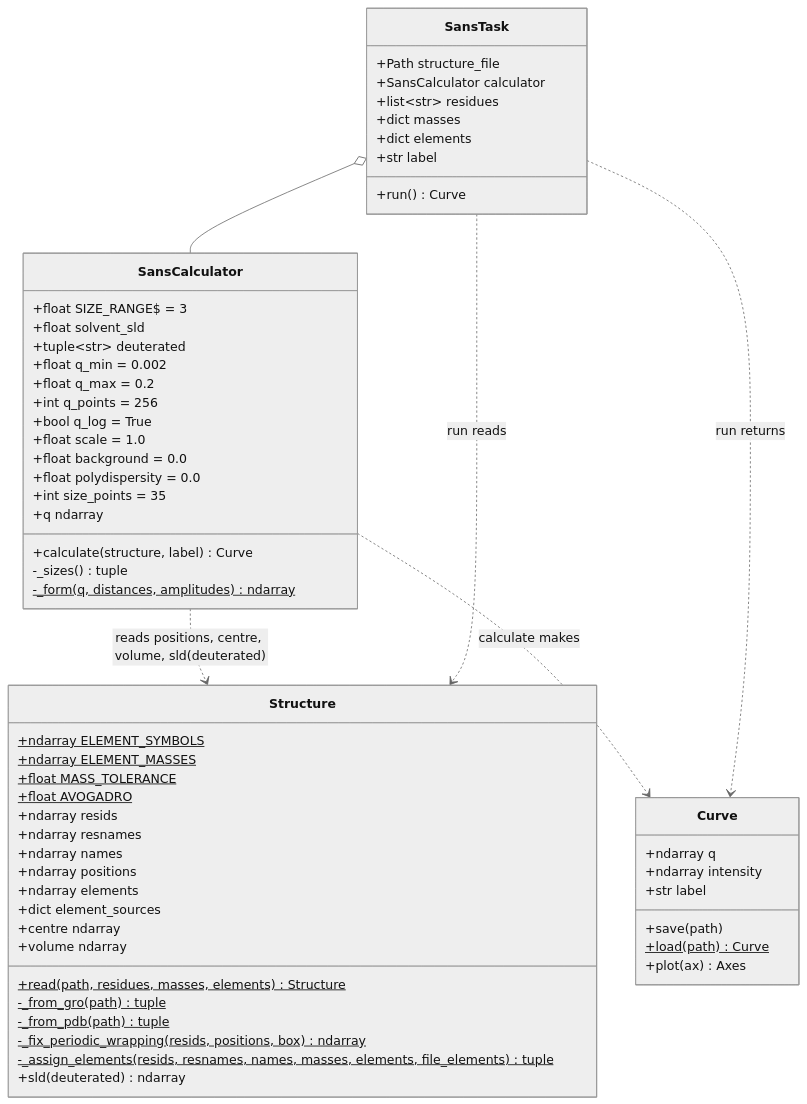
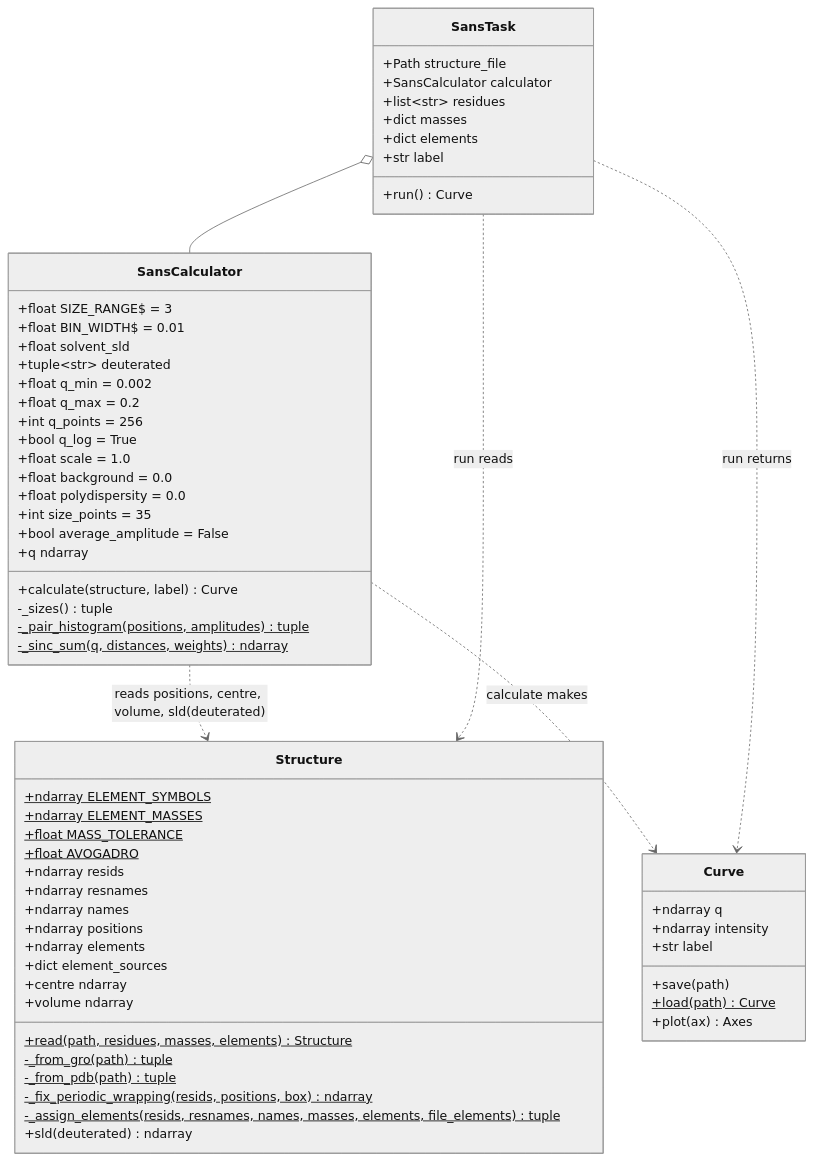
The first of 4 diagrams in README.md (seventil/coords2sans), drawn with Mermaid (neutral theme) before and after one commit. The commit also changed other lines of this file and 5 other files, not shown here.

````diff
--- a/README.md
+++ b/README.md
@@ -98,68 +101,71 @@
 ```mermaid
 classDiagram
     direction TB
 
     class Structure {
         +ndarray ELEMENT_SYMBOLS$
         +ndarray ELEMENT_MASSES$
         +float MASS_TOLERANCE$
         +float AVOGADRO$
         +ndarray resids
         +ndarray resnames
         +ndarray names
         +ndarray positions
         +ndarray elements
         +dict element_sources
         +read(path, residues, masses, elements) Structure$
         -_from_gro(path) tuple$
         -_from_pdb(path) tuple$
         -_fix_periodic_wrapping(resids, positions, box) ndarray$
         -_assign_elements(resids, resnames, names, masses, elements, file_elements) tuple$
         +centre ndarray
         +volume ndarray
         +sld(deuterated) ndarray
     }
 
     class SansCalculator {
         +float SIZE_RANGE$ = 3
+        +float BIN_WIDTH$ = 0.01
         +float solvent_sld
         +tuple~str~ deuterated
         +float q_min = 0.002
         +float q_max = 0.2
         +int q_points = 256
         +bool q_log = True
         +float scale = 1.0
         +float background = 0.0
         +float polydispersity = 0.0
         +int size_points = 35
+        +bool average_amplitude = False
         +q ndarray
         +calculate(structure, label) Curve
         -_sizes() tuple
-        -_form(q, distances, amplitudes) ndarray$
+        -_pair_histogram(positions, amplitudes) tuple$
+        -_sinc_sum(q, distances, weights) ndarray$
     }
 
     class Curve {
         +ndarray q
         +ndarray intensity
         +str label
         +save(path)
         +load(path) Curve$
         +plot(ax) Axes
     }
 
     class SansTask {
         +Path structure_file
         +SansCalculator calculator
         +list~str~ residues
         +dict masses
         +dict elements
         +str label
         +run() Curve
     }
 
     SansCalculator ..> Structure : reads positions, centre, volume, sld(deuterated)
     SansCalculator ..> Curve : calculate makes
     SansTask o-- SansCalculator
     SansTask ..> Structure : run reads
     SansTask ..> Curve : run returns
 ```
````
